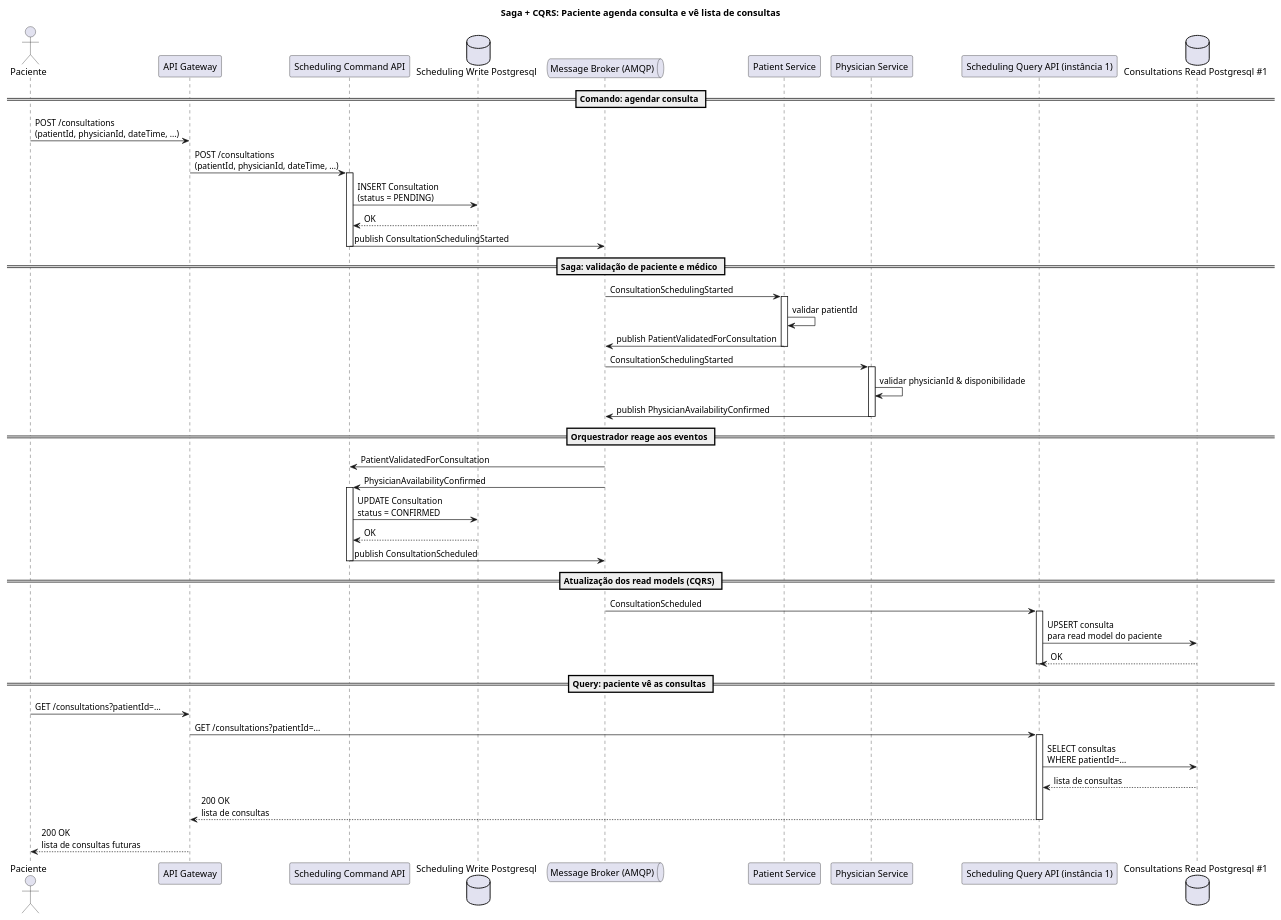
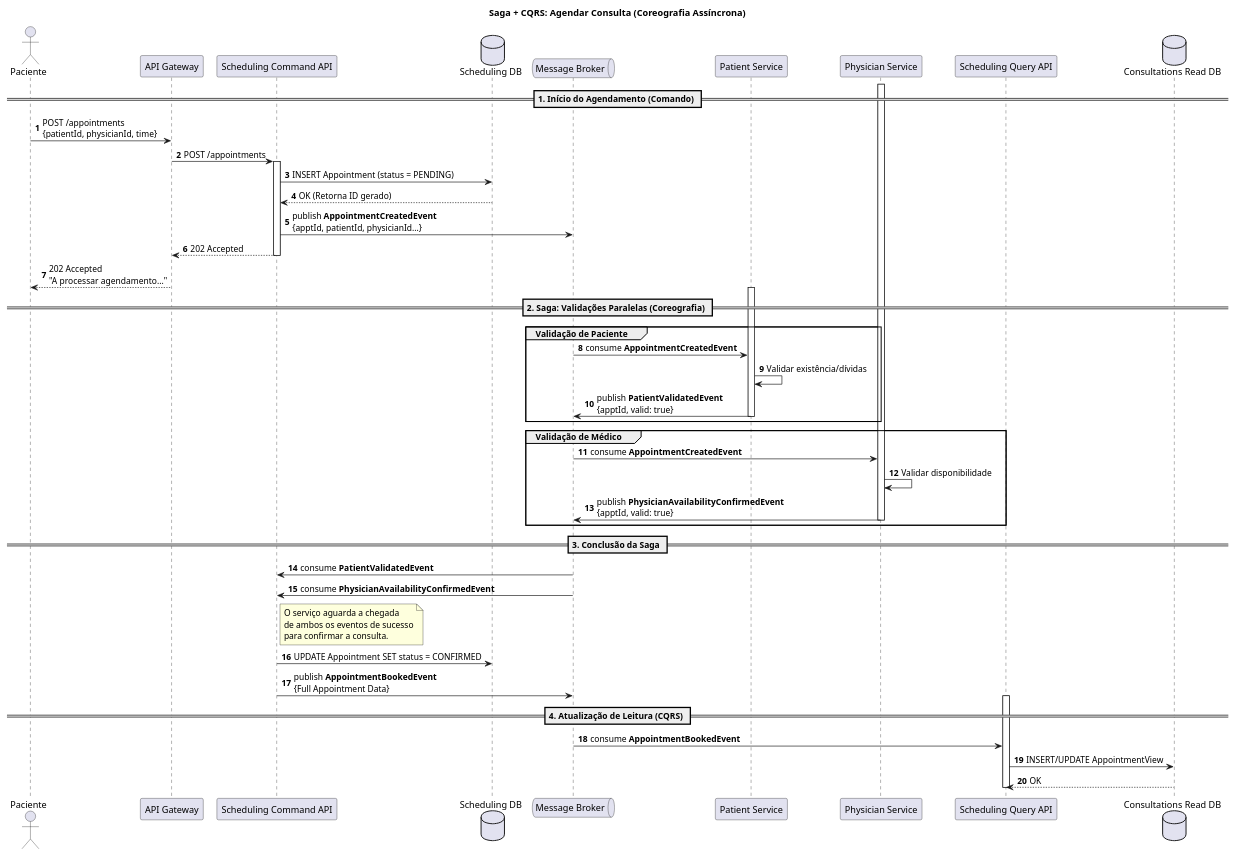
Before and after one commit to Parafita123/LETI_SIDIS_3DA_2: the diagram in docs/2_entrega/Sequence Diagram/Diagrama de Sequência - Agendar Consulta.puml, drawn with PlantUML. The commit also changed 2 other files, not shown here.

Commit message:
Atualização dos diagramas para assincronos

```diff
--- a/docs/2_entrega/Sequence Diagram/Diagrama de Sequência - Agendar Consulta.puml
+++ b/docs/2_entrega/Sequence Diagram/Diagrama de Sequência - Agendar Consulta.puml
@@ -1,72 +1,76 @@
 @startuml
-title Saga + CQRS: Paciente agenda consulta e vê lista de consultas
+title Saga + CQRS: Agendar Consulta (Coreografia Assíncrona)
 
-actor "Paciente" as PatientUI
-participant "API Gateway" as APIGW
+actor "Paciente" as User
+participant "API Gateway" as Gateway
 participant "Scheduling Command API" as SchedCmd
-database "Scheduling Write Postgresql" as WDB
-queue "Message Broker (AMQP)" as Broker
+database "Scheduling DB" as WDB
+queue "Message Broker" as Broker
 participant "Patient Service" as PatSvc
 participant "Physician Service" as DocSvc
-participant "Scheduling Query API (instância 1)" as SchedQ1
-database "Consultations Read Postgresql #1" as RDB1
+participant "Scheduling Query API" as SchedQuery
+database "Consultations Read DB" as RDB
 
-== Comando: agendar consulta ==
+autonumber
 
-PatientUI -> APIGW : POST /consultations\n(patientId, physicianId, dateTime, ...)
-APIGW -> SchedCmd : POST /consultations\n(patientId, physicianId, dateTime, ...)
+== 1. Início do Agendamento (Comando) ==
+
+User -> Gateway : POST /appointments\n{patientId, physicianId, time}
+Gateway -> SchedCmd : POST /appointments
 
 activate SchedCmd
-SchedCmd -> WDB : INSERT Consultation\n(status = PENDING)
-WDB --> SchedCmd : OK
 
-SchedCmd -> Broker : publish ConsultationSchedulingStarted
+    SchedCmd -> WDB : INSERT Appointment (status = PENDING)
+    WDB --> SchedCmd : OK (Retorna ID gerado)
+
+    SchedCmd -> Broker : publish **AppointmentCreatedEvent**\n{apptId, patientId, physicianId...}
+
+    SchedCmd --> Gateway : 202 Accepted
 deactivate SchedCmd
 
-== Saga: validação de paciente e médico ==
+Gateway --> User : 202 Accepted\n"A processar agendamento..."
 
-Broker -> PatSvc : ConsultationSchedulingStarted
-activate PatSvc
-PatSvc -> PatSvc : validar patientId
-PatSvc -> Broker : publish PatientValidatedForConsultation
-deactivate PatSvc
+== 2. Saga: Validações Paralelas (Coreografia) ==
 
-Broker -> DocSvc : ConsultationSchedulingStarted
-activate DocSvc
-DocSvc -> DocSvc : validar physicianId & disponibilidade
-DocSvc -> Broker : publish PhysicianAvailabilityConfirmed
-deactivate DocSvc
+group Validação de Paciente
+    activate PatSvc
+    Broker -> PatSvc : consume **AppointmentCreatedEvent**
+    PatSvc -> PatSvc : Validar existência/dívidas
+    PatSvc -> Broker : publish **PatientValidatedEvent**\n{apptId, valid: true}
+    deactivate PatSvc
+end
 
-== Orquestrador reage aos eventos ==
+group Validação de Médico
+    activate DocSvc
+    Broker -> DocSvc : consume **AppointmentCreatedEvent**
+    DocSvc -> DocSvc : Validar disponibilidade
+    DocSvc -> Broker : publish **PhysicianAvailabilityConfirmedEvent**\n{apptId, valid: true}
+    deactivate DocSvc
+end
 
-Broker -> SchedCmd : PatientValidatedForConsultation
-Broker -> SchedCmd : PhysicianAvailabilityConfirmed
+== 3. Conclusão da Saga ==
+
 activate SchedCmd
-SchedCmd -> WDB : UPDATE Consultation\nstatus = CONFIRMED
-WDB --> SchedCmd : OK
+    Broker -> SchedCmd : consume **PatientValidatedEvent**
+    Broker -> SchedCmd : consume **PhysicianAvailabilityConfirmedEvent**
 
-SchedCmd -> Broker : publish ConsultationScheduled
+    note right of SchedCmd
+      O serviço aguarda a chegada
+      de ambos os eventos de sucesso
+      para confirmar a consulta.
+    end note
+
+    SchedCmd -> WDB : UPDATE Appointment SET status = CONFIRMED
+
+    SchedCmd -> Broker : publish **AppointmentBookedEvent**\n{Full Appointment Data}
 deactivate SchedCmd
 
-== Atualização dos read models (CQRS) ==
+== 4. Atualização de Leitura (CQRS) ==
 
-Broker -> SchedQ1 : ConsultationScheduled
-activate SchedQ1
-SchedQ1 -> RDB1 : UPSERT consulta\npara read model do paciente
-RDB1 --> SchedQ1 : OK
-deactivate SchedQ1
-
-== Query: paciente vê as consultas ==
-
-PatientUI -> APIGW : GET /consultations?patientId=...
-APIGW -> SchedQ1 : GET /consultations?patientId=...
-
-activate SchedQ1
-SchedQ1 -> RDB1 : SELECT consultas\nWHERE patientId=...
-RDB1 --> SchedQ1 : lista de consultas
-SchedQ1 --> APIGW : 200 OK\nlista de consultas
-deactivate SchedQ1
-
-APIGW --> PatientUI : 200 OK\nlista de consultas futuras
+activate SchedQuery
+    Broker -> SchedQuery : consume **AppointmentBookedEvent**
+    SchedQuery -> RDB : INSERT/UPDATE AppointmentView
+    RDB --> SchedQuery : OK
+deactivate SchedQuery
 
 @enduml
```
